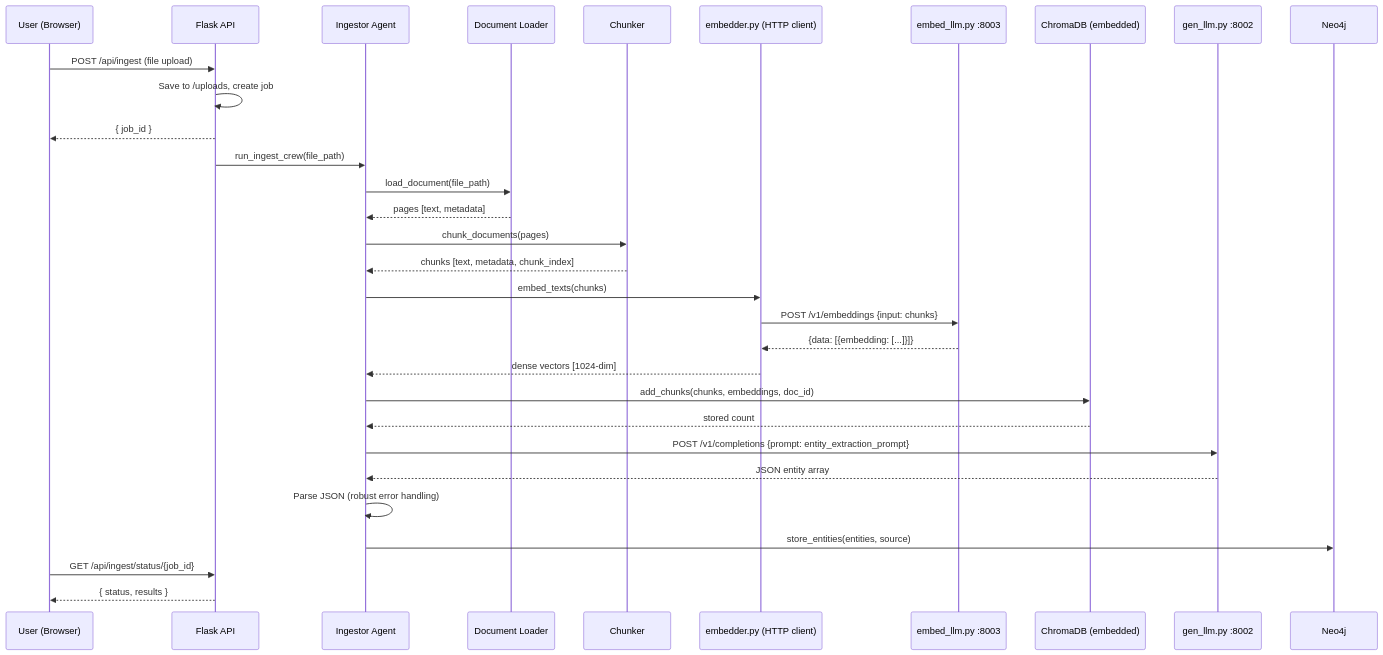
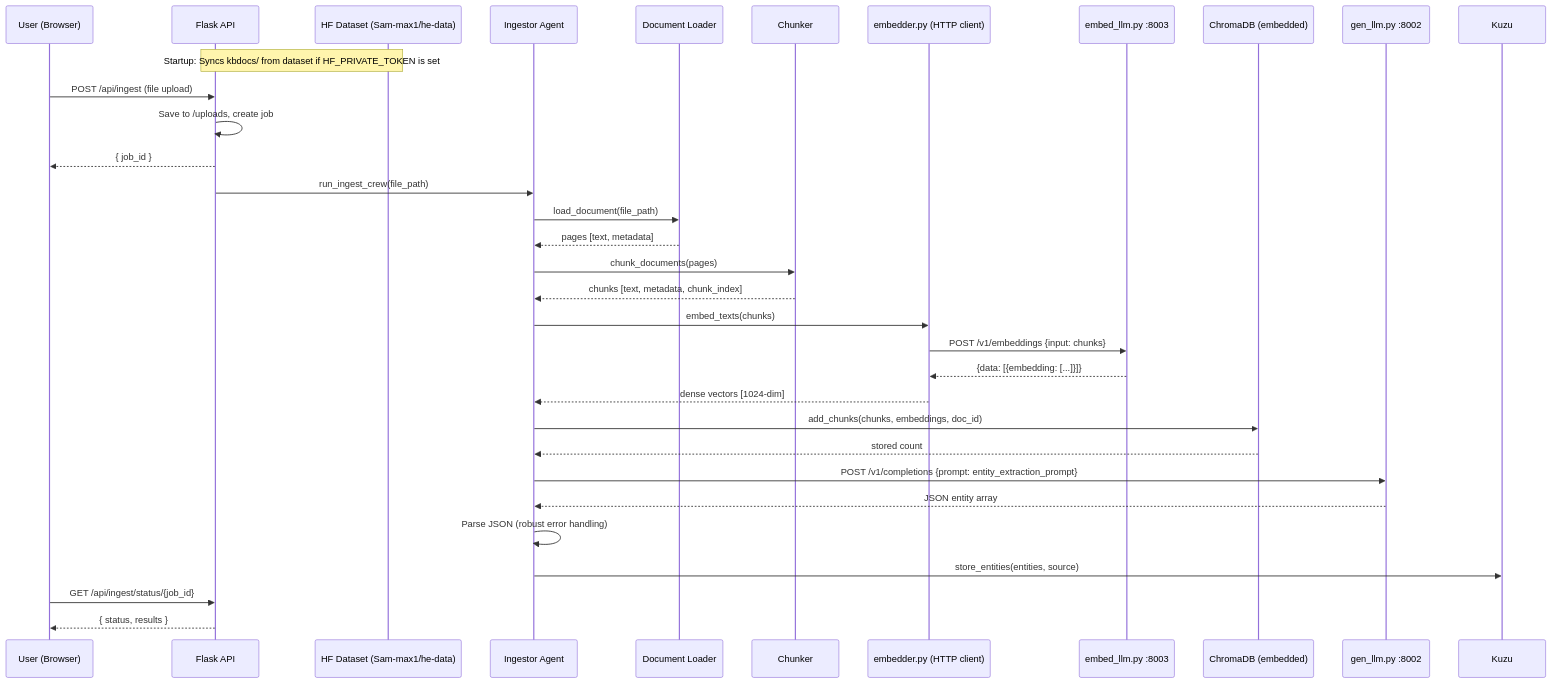
Before and after one commit to Sam-max1/healthexpert: the second of 3 diagrams in HEALTHEXPERT_ARCHITECTURE_DESIGN.md, drawn with Mermaid. The commit also changed other lines of this file and 43 other files, not shown here.

````diff
--- a/HEALTHEXPERT_ARCHITECTURE_DESIGN.md
+++ b/HEALTHEXPERT_ARCHITECTURE_DESIGN.md
@@ -69,34 +69,36 @@
 ```mermaid
 sequenceDiagram
     participant U as User (Browser)
     participant F as Flask API
+    participant HF as HF Dataset (Sam-max1/he-data)
     participant IA as Ingestor Agent
     participant DL as Document Loader
     participant CH as Chunker
     participant EM as embedder.py (HTTP client)
     participant ES as embed_llm.py :8003
     participant VDB as ChromaDB (embedded)
     participant GS as gen_llm.py :8002
-    participant GDB as Neo4j
+    participant GDB as Kuzu
 
+    Note over F,HF: Startup: Syncs kbdocs/ from dataset if HF_PRIVATE_TOKEN is set
     U->>F: POST /api/ingest (file upload)
     F->>F: Save to /uploads, create job
     F-->>U: { job_id }
     F->>IA: run_ingest_crew(file_path)
     IA->>DL: load_document(file_path)
     DL-->>IA: pages [text, metadata]
     IA->>CH: chunk_documents(pages)
     CH-->>IA: chunks [text, metadata, chunk_index]
     IA->>EM: embed_texts(chunks)
     EM->>ES: POST /v1/embeddings {input: chunks}
     ES-->>EM: {data: [{embedding: [...]}]}
     EM-->>IA: dense vectors [1024-dim]
     IA->>VDB: add_chunks(chunks, embeddings, doc_id)
     VDB-->>IA: stored count
     IA->>GS: POST /v1/completions {prompt: entity_extraction_prompt}
     GS-->>IA: JSON entity array
     IA->>IA: Parse JSON (robust error handling)
     IA->>GDB: store_entities(entities, source)
     U->>F: GET /api/ingest/status/{job_id}
     F-->>U: { status, results }
 ```
````
